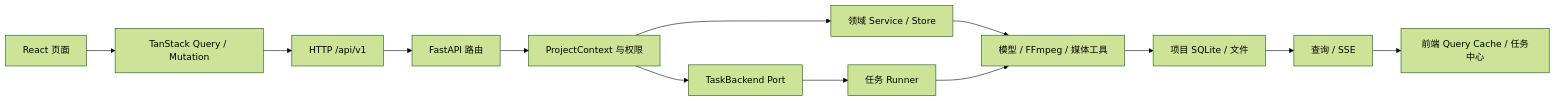
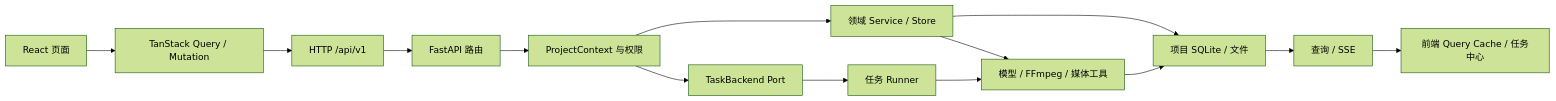
One commit to YuRui-Liu/Nuomi-drama-factory changed the diagram in docs/cookbook/system-map.md. Above: the diagram before and after it, drawn with Mermaid (forest theme).

Commit message:
docs(cookbook): clarify service data path

````diff
--- a/docs/cookbook/system-map.md
+++ b/docs/cookbook/system-map.md
@@ -13,15 +13,16 @@
 ```mermaid
 flowchart LR
     UI[React 页面] --> Q[TanStack Query / Mutation]
     Q --> HTTP[HTTP /api/v1]
     HTTP --> API[FastAPI 路由]
     API --> CTX[ProjectContext 与权限]
     CTX --> SVC[领域 Service / Store]
     CTX --> PORT[TaskBackend Port]
     PORT --> RUN[任务 Runner]
+    SVC --> DATA[项目 SQLite / 文件]
     SVC --> WORK[模型 / FFmpeg / 媒体工具]
     RUN --> WORK
-    WORK --> DATA[项目 SQLite / 文件]
+    WORK --> DATA
     DATA --> OBS[查询 / SSE]
     OBS --> TC[前端 Query Cache / 任务中心]
 ```
````
